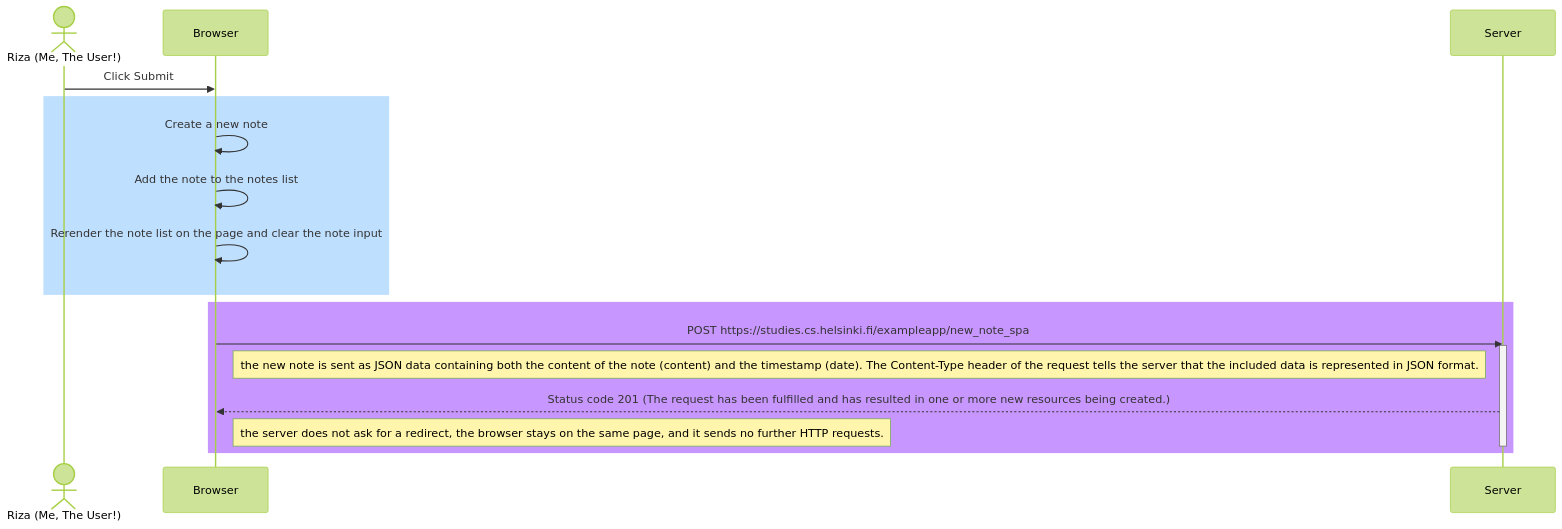
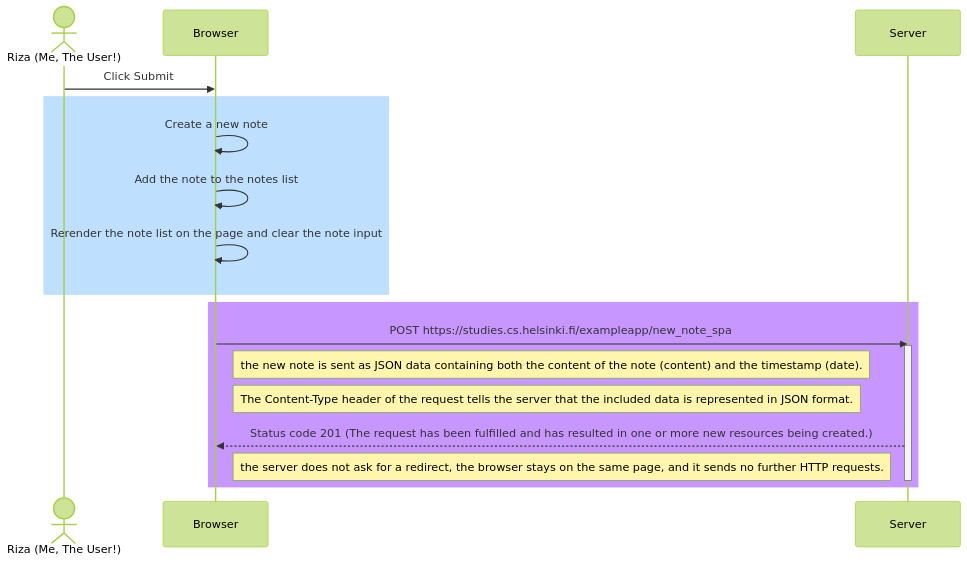
One commit to urmulu-riza/FullStackOpen-Part0 changed the diagram in SPA-NewNoteSeqDiagram.md. Above: the diagram before and after it, drawn with Mermaid (forest theme).

Commit message:
SPA new note update 3

````diff
--- a/SPA-NewNoteSeqDiagram.md
+++ b/SPA-NewNoteSeqDiagram.md
@@ -4,24 +4,25 @@
 ```mermaid
 sequenceDiagram
     Actor r as Riza (Me, The User!)
     participant b as Browser
     participant s as Server
 
     r->>b: Click Submit
     rect rgb(191, 223, 255)
     b->>b: Create a new note
     b->>b: Add the note to the notes list
     b->>b: Rerender the note list on the page and clear the note input
     end
 
 
     rect rgb(200, 150, 255)
     b->>s: POST https://studies.cs.helsinki.fi/exampleapp/new_note_spa
     activate s
 
-    Note right of b: the new note is sent as JSON data containing both the content of the note (content) and the timestamp (date). The Content-Type header of the request tells the server that the included data is represented in JSON format.
+    Note right of b: the new note is sent as JSON data containing both the content of the note (content) and the timestamp (date).
+    Note right of b: The Content-Type header of the request tells the server that the included data is represented in JSON format.
     s-->>b: Status code 201 (The request has been fulfilled and has resulted in one or more new resources being created.)
     Note right of b: the server does not ask for a redirect, the browser stays on the same page, and it sends no further HTTP requests.
     deactivate s
     end
 ```
````
